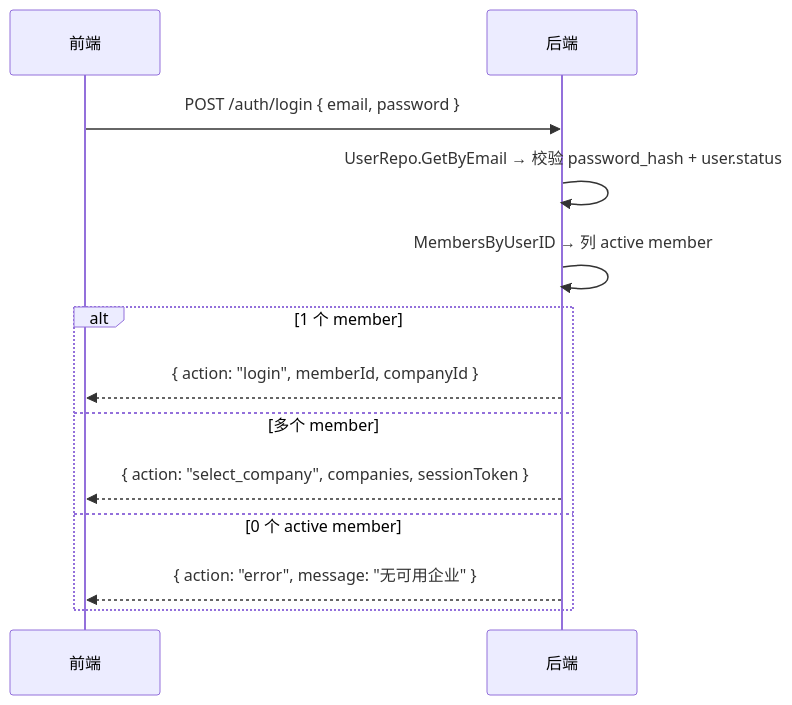
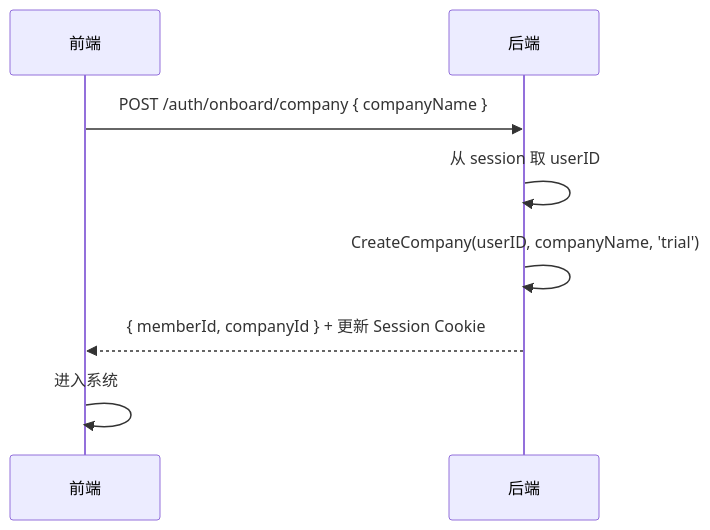
One commit to quyip8818/mytokenjoy changed the third of 8 diagrams in docs/saas/登录注册方案设计.md. Above: the diagram before and after it, drawn with Mermaid. The commit also changed other lines of this file and 3 other files, not shown here.

````diff
--- a/docs/saas/登录注册方案设计.md
+++ b/docs/saas/登录注册方案设计.md
@@ -152,16 +222,11 @@
 ```mermaid
 sequenceDiagram
     participant F as 前端
     participant B as 后端
 
-    F->>B: POST /auth/login { email, password }
-    B->>B: UserRepo.GetByEmail → 校验 password_hash + user.status
-    B->>B: MembersByUserID → 列 active member
-    alt 1 个 member
-        B-->>F: { action: "login", memberId, companyId }
-    else 多个 member
-        B-->>F: { action: "select_company", companies, sessionToken }
-    else 0 个 active member
-        B-->>F: { action: "error", message: "无可用企业" }
-    end
+    F->>B: POST /auth/onboard/company { companyName }
+    B->>B: 从 session 取 userID
+    B->>B: CreateCompany(userID, companyName, 'trial')
+    B-->>F: { memberId, companyId } + 更新 Session Cookie
+    F->>F: 进入系统
 ```
````
